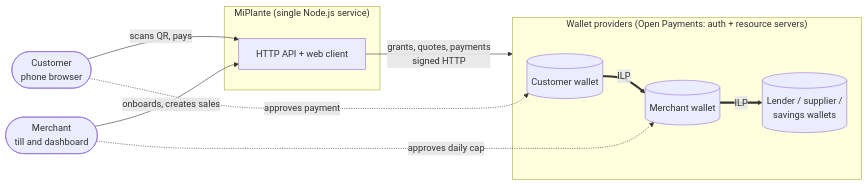
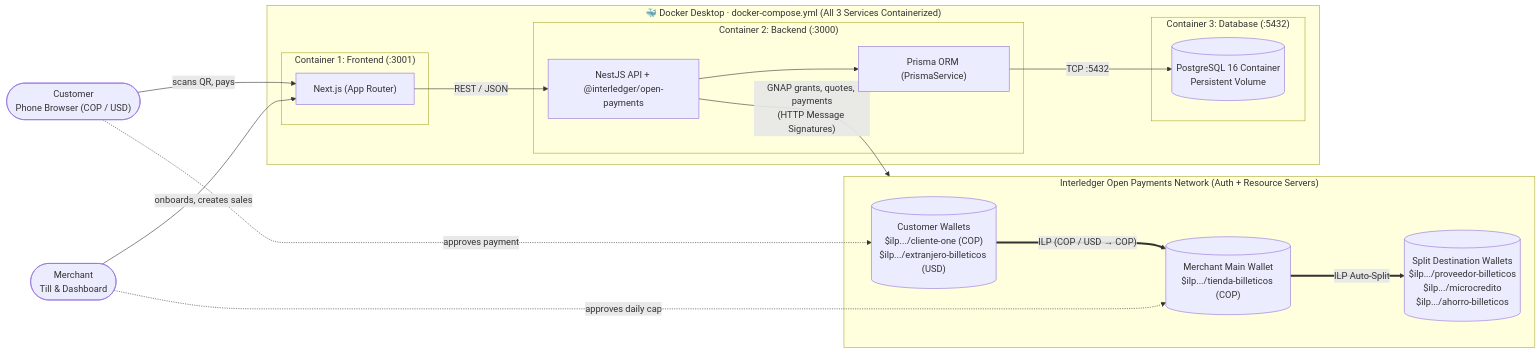
The first of 6 diagrams in docs/SYSTEM_DESIGN.md (JuanMCanchala/interledger_hackathon), drawn with Mermaid before and after one commit. The commit also changed other lines of this file and 2 other files, not shown here.

Commit message:
docs: add Dockerized 3-container architecture SVG image and Mermaid diagrams

````diff
--- a/docs/SYSTEM_DESIGN.md
+++ b/docs/SYSTEM_DESIGN.md
@@ -39,20 +41,35 @@
 ```mermaid
 flowchart LR
-  customer([Customer<br/>phone browser])
-  merchant([Merchant<br/>till and dashboard])
-  subgraph MiPlante["MiPlante (single Node.js service)"]
-    api[HTTP API + web client]
+  customer(["Customer<br/>Phone Browser (COP / USD)"])
+  merchant(["Merchant<br/>Till & Dashboard"])
+
+  subgraph MiPlante["🐳 Docker Desktop · docker-compose.yml (All 3 Services Containerized)"]
+    subgraph Front["Container 1: Frontend (:3001)"]
+      frontend["Next.js (App Router)"]
+    end
+    subgraph Back["Container 2: Backend (:3000)"]
+      backend["NestJS API + @interledger/open-payments"]
+      prisma["Prisma ORM (PrismaService)"]
+    end
+    subgraph DockerDB["Container 3: Database (:5432)"]
+      db[("PostgreSQL 16 Container<br/>Persistent Volume")]
+    end
+    frontend -- "REST / JSON" --> backend
+    backend --> prisma
+    prisma -- "TCP :5432" --> db
   end
-  subgraph Wallets["Wallet providers (Open Payments: auth + resource servers)"]
-    cw[(Customer wallet)]
-    mw[(Merchant wallet)]
-    dw[(Lender / supplier /<br/>savings wallets)]
+
+  subgraph Wallets["Interledger Open Payments Network (Auth + Resource Servers)"]
+    cw[("Customer Wallets<br/>$ilp.../cliente-one (COP)<br/>$ilp.../extranjero-billeticos (USD)")]
+    mw[("Merchant Main Wallet<br/>$ilp.../tienda-billeticos (COP)")]
+    dw[("Split Destination Wallets<br/>$ilp.../proveedor-billeticos<br/>$ilp.../microcredito<br/>$ilp.../ahorro-billeticos")]
   end
-  customer -- scans QR, pays --> api
-  merchant -- onboards, creates sales --> api
-  api -- grants, quotes, payments<br/>signed HTTP --> Wallets
-  customer -. approves payment .-> cw
-  merchant -. approves daily cap .-> mw
-  cw == ILP ==> mw
-  mw == ILP ==> dw
+
+  customer -- "scans QR, pays" --> frontend
+  merchant -- "onboards, creates sales" --> frontend
+  backend -- "GNAP grants, quotes, payments<br/>(HTTP Message Signatures)" --> Wallets
+  customer -. "approves payment" .-> cw
+  merchant -. "approves daily cap" .-> mw
+  cw == "ILP (COP / USD → COP)" ==> mw
+  mw == "ILP Auto-Split" ==> dw
 ```
````
